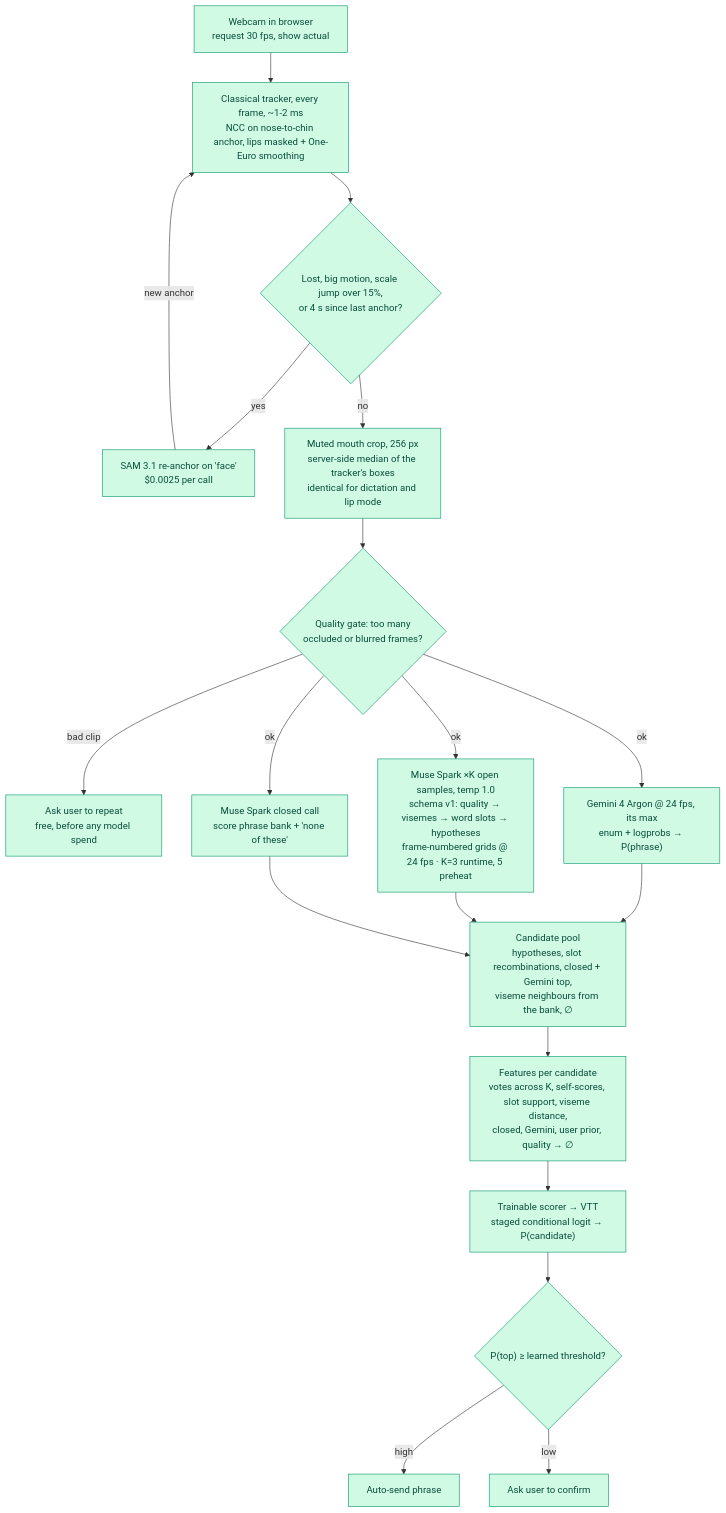
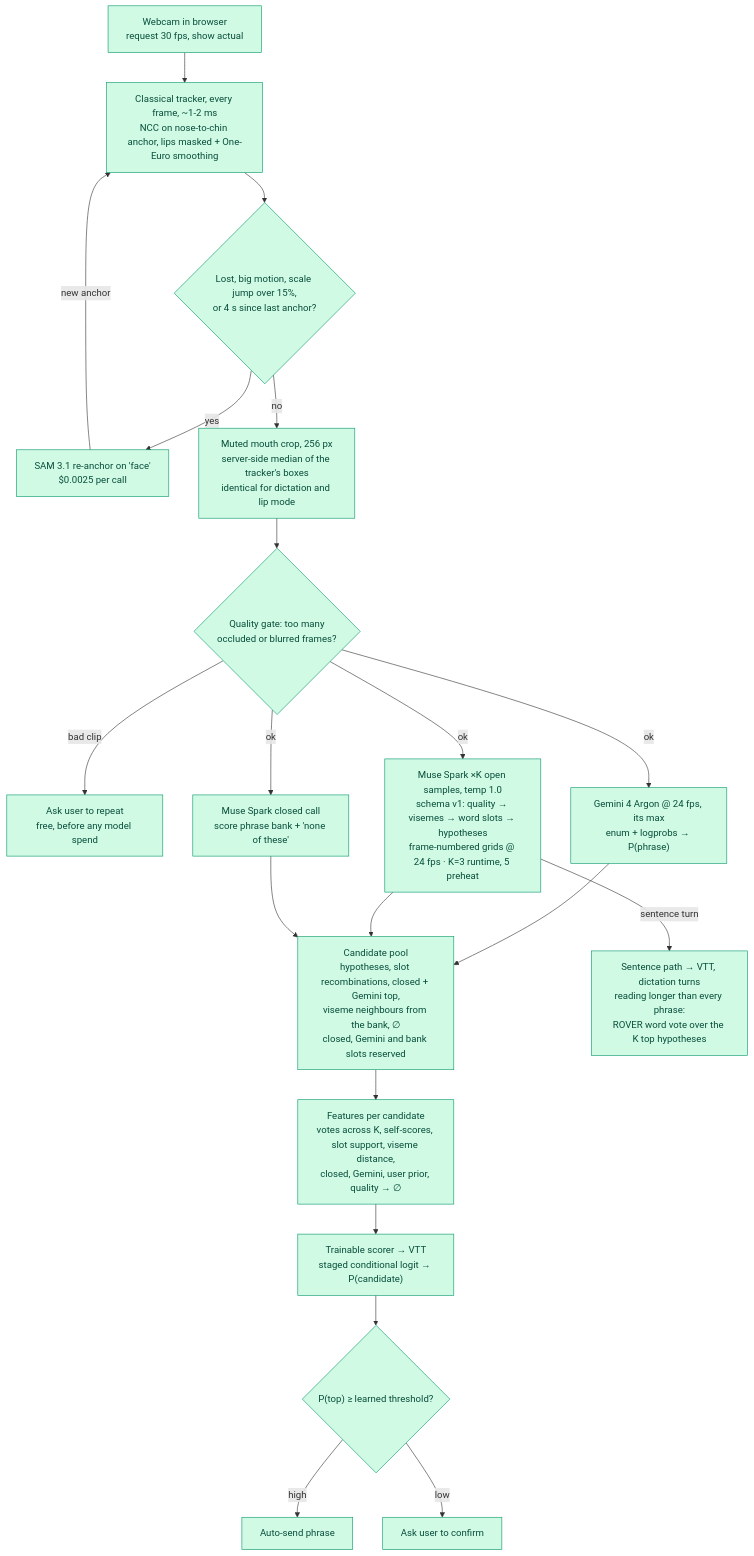
Before and after one commit to Darijan-Ducic/badge-machine: the first of 7 diagrams in docs/pipeline.md, drawn with Mermaid.

Commit message:
docs: pipeline shows the sentence path and the reserved phrase-list pool slots

````diff
--- a/docs/pipeline.md
+++ b/docs/pipeline.md
@@ -9,33 +9,35 @@
 ```mermaid
 flowchart TD
   CAM["Webcam in browser<br/>request 30 fps, show actual"]
   TRK["Classical tracker, every frame, ~1-2 ms<br/>NCC on nose-to-chin anchor, lips masked + One-Euro smoothing"]
   TRIG{"Lost, big motion, scale jump over 15%,<br/>or 4 s since last anchor?"}
   SAM["SAM 3.1 re-anchor on 'face'<br/>$0.0025 per call"]
   CROP["Muted mouth crop, 256 px<br/>server-side median of the tracker's boxes<br/>identical for dictation and lip mode"]
   QG{"Quality gate: too many<br/>occluded or blurred frames?"}
   REPEAT["Ask user to repeat<br/>free, before any model spend"]
   GEM["Gemini 4 Argon @ 24 fps, its max<br/>enum + logprobs → P(phrase)"]
   MUSEK["Muse Spark ×K open samples, temp 1.0<br/>schema v1: quality → visemes → word slots → hypotheses<br/>frame-numbered grids @ 24 fps · K=3 runtime, 5 preheat"]
   MUSEC["Muse Spark closed call<br/>score phrase bank + 'none of these'"]
-  POOL["Candidate pool<br/>hypotheses, slot recombinations, closed + Gemini top,<br/>viseme neighbours from the bank, ∅"]
+  POOL["Candidate pool<br/>hypotheses, slot recombinations, closed + Gemini top,<br/>viseme neighbours from the bank, ∅<br/>closed, Gemini and bank slots reserved"]
+  SENT["Sentence path → VTT, dictation turns<br/>reading longer than every phrase:<br/>ROVER word vote over the K top hypotheses"]
   FEAT["Features per candidate<br/>votes across K, self-scores, slot support, viseme distance,<br/>closed, Gemini, user prior, quality → ∅"]
   FUSE["Trainable scorer → VTT<br/>staged conditional logit → P(candidate)"]
   GATE{"P(top) ≥ learned threshold?"}
   SEND["Auto-send phrase"]
   CONFIRM["Ask user to confirm"]
 
   CAM --> TRK --> TRIG
   TRIG -- yes --> SAM -- new anchor --> TRK
   TRIG -- no --> CROP --> QG
   QG -- bad clip --> REPEAT
   QG -- ok --> GEM & MUSEK & MUSEC
   GEM & MUSEK & MUSEC --> POOL --> FEAT --> FUSE --> GATE
+  MUSEK -- sentence turn --> SENT
   GATE -- high --> SEND
   GATE -- low --> CONFIRM
 
   classDef built fill:#d1fae5,stroke:#059669,color:#064e3b
   classDef building fill:#fef3c7,stroke:#d97706,color:#78350f
   classDef planned fill:#f3f4f6,stroke:#9ca3af,color:#374151,stroke-dasharray:4 3
-  class CAM,GEM,GATE,SAM,TRK,TRIG,QG,REPEAT,CROP,MUSEK,MUSEC,POOL,FEAT,FUSE,SEND,CONFIRM built
+  class CAM,GEM,GATE,SAM,TRK,TRIG,QG,REPEAT,CROP,MUSEK,MUSEC,POOL,FEAT,FUSE,SEND,CONFIRM,SENT built
 ```
````
